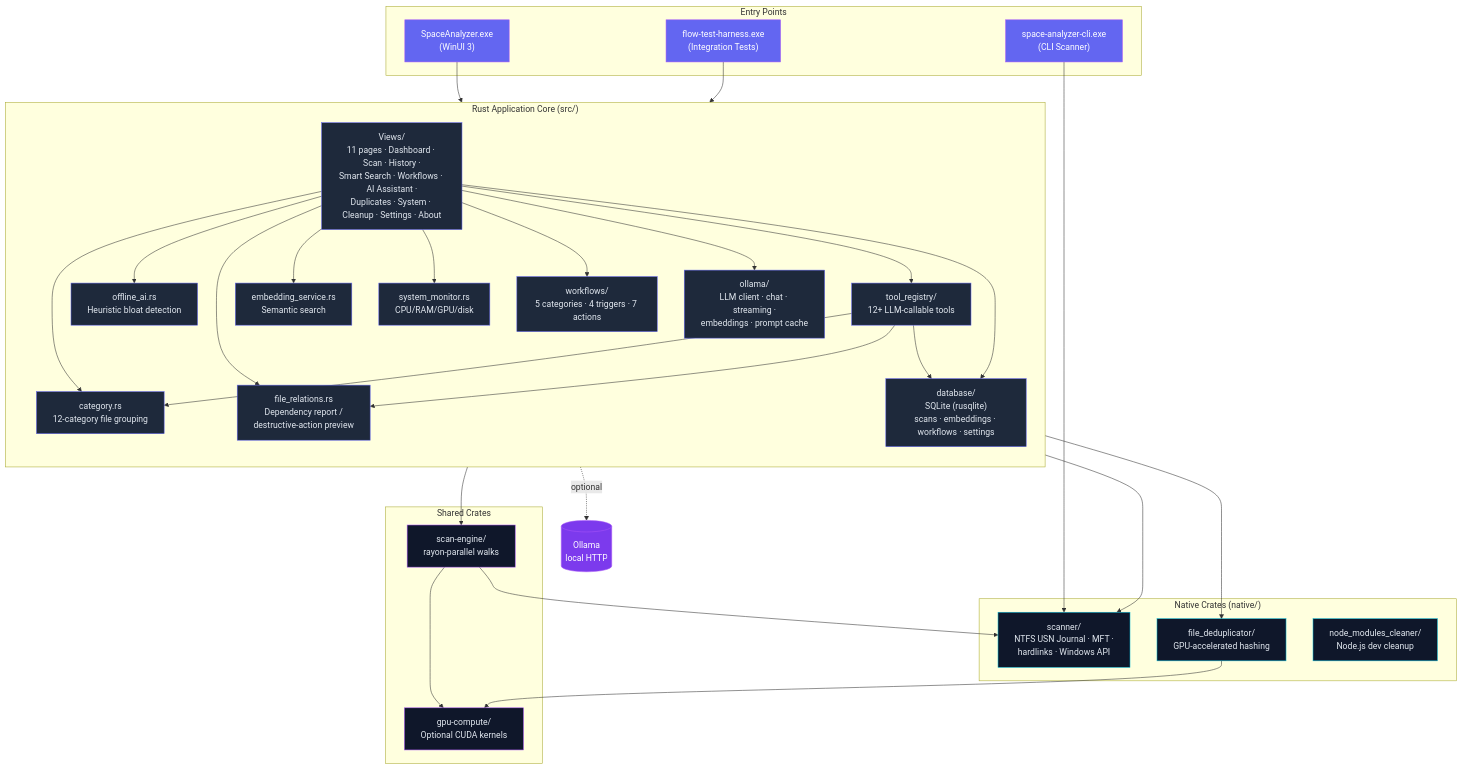
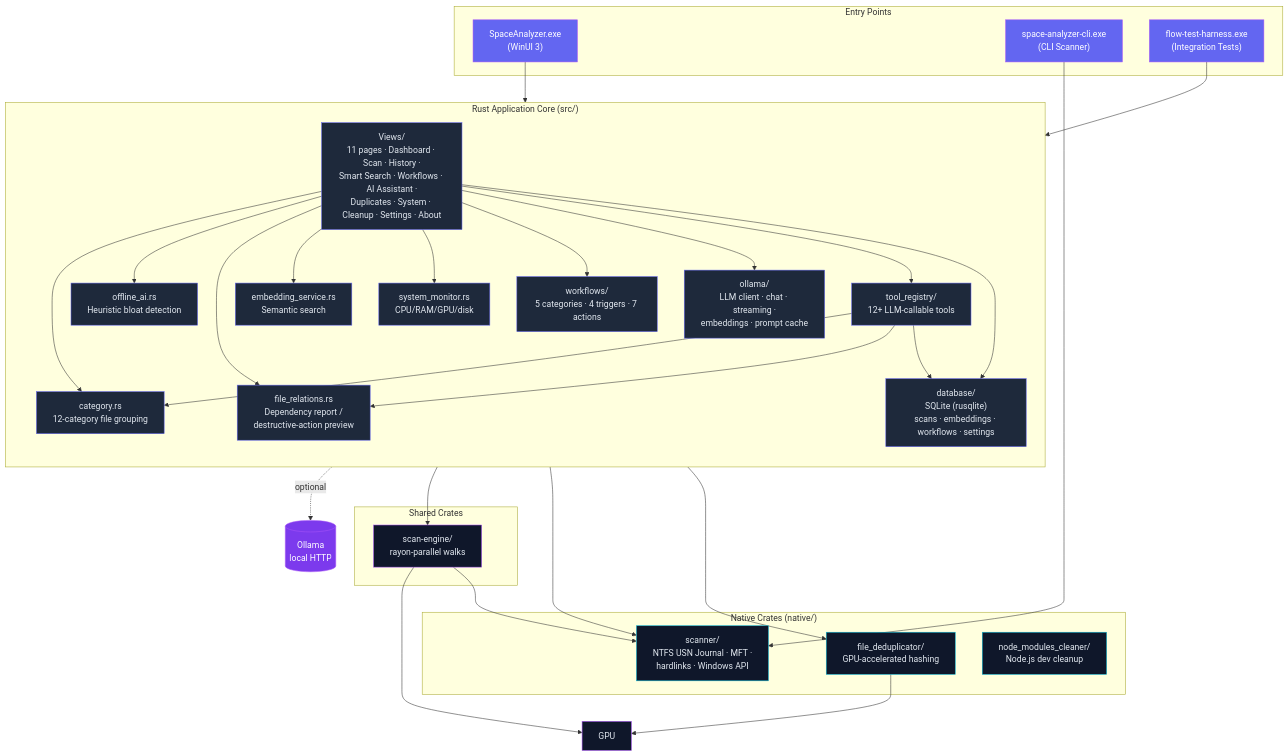
The diagram in assets/diagrams/architecture.md (ogneocortext/space-analyzer-pro), drawn with Mermaid before and after one commit. The commit also changed 7 other files, not shown here.

````diff
--- a/assets/diagrams/architecture.md
+++ b/assets/diagrams/architecture.md
@@ -1,68 +1,67 @@
 ```mermaid
 graph TB
     subgraph Entry["Entry Points"]
         GUI["SpaceAnalyzer.exe<br/>(WinUI 3)"]
         CLI["space-analyzer-cli.exe<br/>(CLI Scanner)"]
         FTH["flow-test-harness.exe<br/>(Integration Tests)"]
     end
 
     subgraph App["Rust Application Core (src/)"]
         direction TB
         Gui["Views/<br/>11 pages · Dashboard · Scan · History ·<br/>Smart Search · Workflows · AI Assistant ·<br/>Duplicates · System · Cleanup · Settings · About"]
         Ollama["ollama/<br/>LLM client · chat · streaming ·<br/>embeddings · prompt cache"]
         DB["database/<br/>SQLite (rusqlite)<br/>scans · embeddings · workflows · settings"]
         WF["workflows/<br/>5 categories · 4 triggers · 7 actions"]
         TR["tool_registry/<br/>12+ LLM-callable tools"]
         Cat["category.rs<br/>12-category file grouping"]
         OAI["offline_ai.rs<br/>Heuristic bloat detection"]
         FR["file_relations.rs<br/>Dependency report /<br/>destructive-action preview"]
         SM["system_monitor.rs<br/>CPU/RAM/GPU/disk"]
         ES["embedding_service.rs<br/>Semantic search"]
     end
 
     subgraph Native["Native Crates (native/)"]
         Scanner["scanner/<br/>NTFS USN Journal · MFT ·<br/>hardlinks · Windows API"]
         Dedup["file_deduplicator/<br/>GPU-accelerated hashing"]
         NMC["node_modules_cleaner/<br/>Node.js dev cleanup"]
     end
 
     subgraph Shared["Shared Crates"]
         SS["scan-engine/<br/>rayon-parallel walks"]
-        GPU["gpu-compute/<br/>Optional CUDA kernels"]
     end
 
     GUI --> Gui
     CLI --> Scanner
     FTH --> Gui
     Gui --> Cat
     Gui --> OAI
     Gui --> FR
     Gui --> ES
     Gui --> SM
     Gui --> WF
     Gui --> Ollama
     Gui --> TR
     Gui --> DB
     Ollama -.optional.-> OllamaExt[(Ollama<br/>local HTTP)]
     TR --> Cat
     TR --> FR
     TR --> SS
     TR --> DB
     WF --> Scanner
     WF --> Dedup
     SS --> GPU
     SS --> Scanner
     Dedup --> GPU
 
     classDef entry fill:#6366f1,stroke:#a855f7,color:#fff
     classDef app fill:#1e293b,stroke:#6366f1,color:#e2e8f0
     classDef native fill:#0f172a,stroke:#06b6d4,color:#e2e8f0
     classDef shared fill:#0f172a,stroke:#a855f7,color:#e2e8f0
     classDef ext fill:#7c3aed,stroke:#a855f7,color:#fff
 
     class GUI,CLI,FTH entry
     class Gui,Ollama,DB,WF,TR,Cat,OAI,FR,SM,ES app
     class Scanner,Dedup,NMC native
     class SS,GPU shared
     class OllamaExt ext
 ```
````
